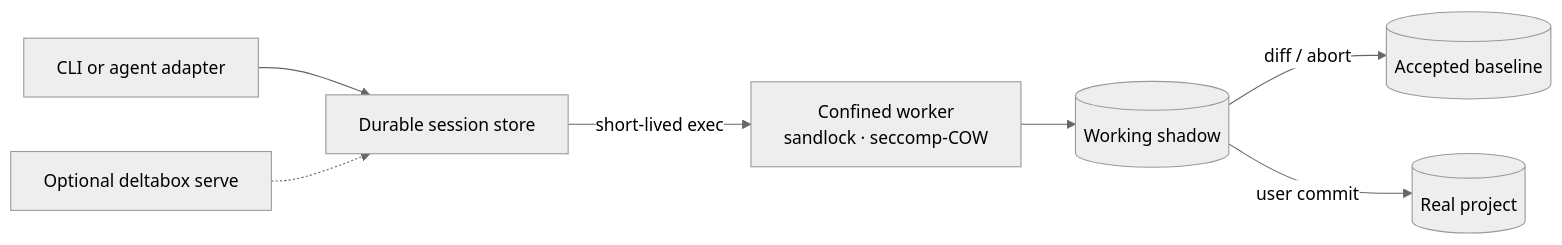
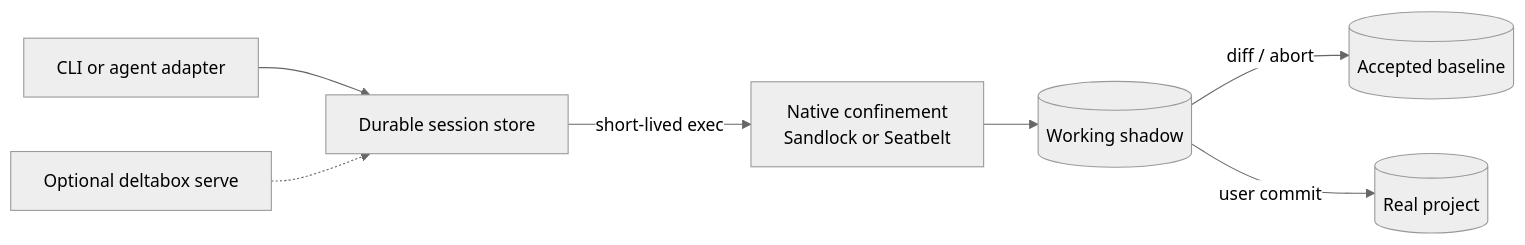
The diagram in README.md (delta-box/deltabox-lite), drawn with Mermaid (neutral theme) before and after one commit. The commit also changed other lines of this file and 16 other files, not shown here.

Commit message:
feat: add native macOS Seatbelt backend

````diff
--- a/README.md
+++ b/README.md
@@ -53,9 +53,9 @@
 ```mermaid
 flowchart LR
     A[CLI or agent adapter] --> D[Durable session store]
-    D -->|short-lived exec| W[Confined worker<br/>sandlock · seccomp-COW]
+    D -->|short-lived exec| W[Native confinement<br/>Sandlock or Seatbelt]
     W --> S[(Working shadow)]
     S -->|diff / abort| B[(Accepted baseline)]
     S -->|user commit| P[(Real project)]
     O[Optional deltabox serve] -.-> D
 ```
````
